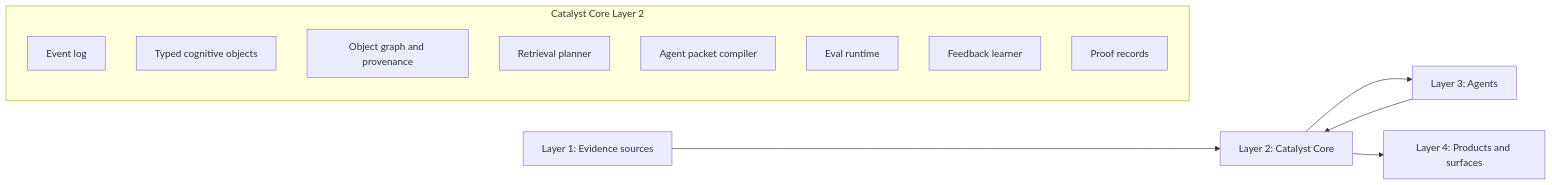
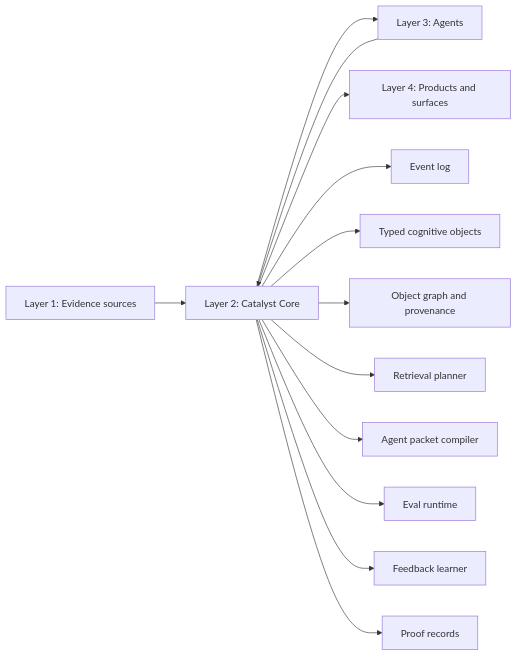
The first of 5 diagrams in README.md (prathamarchives/catalyst), drawn with Mermaid before and after one commit.

Commit message:
Fix README Mermaid rendering

````diff
--- a/README.md
+++ b/README.md
@@ -19,18 +19,15 @@
 ```mermaid
 flowchart LR
   L1["Layer 1: Evidence sources"] --> L2["Layer 2: Catalyst Core"]
   L2 --> L3["Layer 3: Agents"]
   L3 --> L2
   L2 --> L4["Layer 4: Products and surfaces"]
-
-  subgraph Core["Catalyst Core Layer 2"]
-    Events["Event log"]
-    Objects["Typed cognitive objects"]
-    Graph["Object graph and provenance"]
-    Retrieval["Retrieval planner"]
-    Packets["Agent packet compiler"]
-    Evals["Eval runtime"]
-    Feedback["Feedback learner"]
-    Proof["Proof records"]
-  end
+  L2 --> Events["Event log"]
+  L2 --> Objects["Typed cognitive objects"]
+  L2 --> GraphStore["Object graph and provenance"]
+  L2 --> Retrieval["Retrieval planner"]
+  L2 --> Packets["Agent packet compiler"]
+  L2 --> Evals["Eval runtime"]
+  L2 --> Feedback["Feedback learner"]
+  L2 --> Proof["Proof records"]
 ```
````
